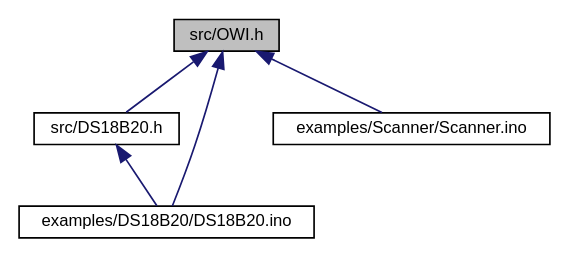
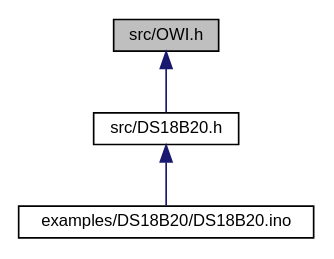
Before and after one commit to mikaelpatel/mikaelpatel.github.io: the diagram in Arduino-OWI/da/df1/OWI_8h__dep__incl.dot, drawn with Graphviz. The commit also changed 190 other files, not shown here.

```diff
--- a/Arduino-OWI/da/df1/OWI_8h__dep__incl.dot
+++ b/Arduino-OWI/da/df1/OWI_8h__dep__incl.dot
@@ -1,13 +1,10 @@
 digraph "src/OWI.h"
 {
   edge [fontname="Helvetica",fontsize="10",labelfontname="Helvetica",labelfontsize="10"];
   node [fontname="Helvetica",fontsize="10",shape=record];
   Node1 [label="src/OWI.h",height=0.2,width=0.4,color="black", fillcolor="grey75", style="filled", fontcolor="black"];
   Node1 -> Node2 [dir="back",color="midnightblue",fontsize="10",style="solid",fontname="Helvetica"];
   Node2 [label="src/DS18B20.h",height=0.2,width=0.4,color="black", fillcolor="white", style="filled",URL="$d4/d9d/DS18B20_8h.html"];
   Node2 -> Node3 [dir="back",color="midnightblue",fontsize="10",style="solid",fontname="Helvetica"];
   Node3 [label="examples/DS18B20/DS18B20.ino",height=0.2,width=0.4,color="black", fillcolor="white", style="filled",URL="$de/d2e/DS18B20_8ino.html"];
-  Node1 -> Node3 [dir="back",color="midnightblue",fontsize="10",style="solid",fontname="Helvetica"];
-  Node1 -> Node4 [dir="back",color="midnightblue",fontsize="10",style="solid",fontname="Helvetica"];
-  Node4 [label="examples/Scanner/Scanner.ino",height=0.2,width=0.4,color="black", fillcolor="white", style="filled",URL="$dd/da4/Scanner_8ino.html"];
 }
```
